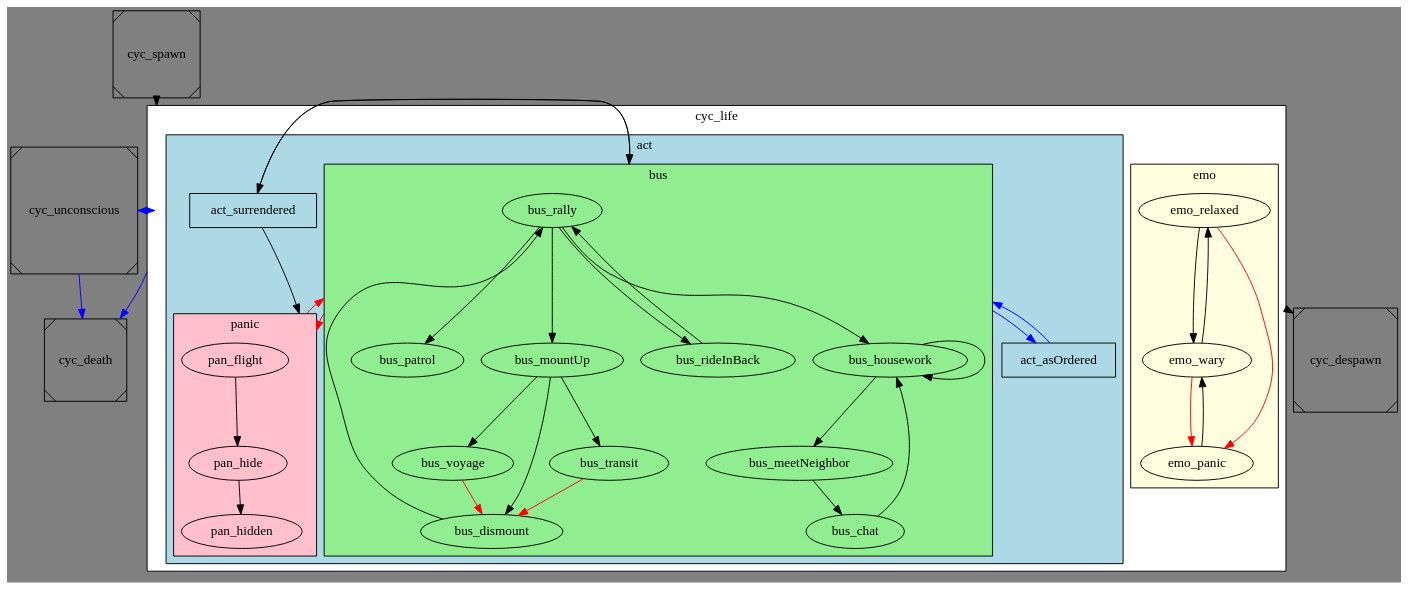
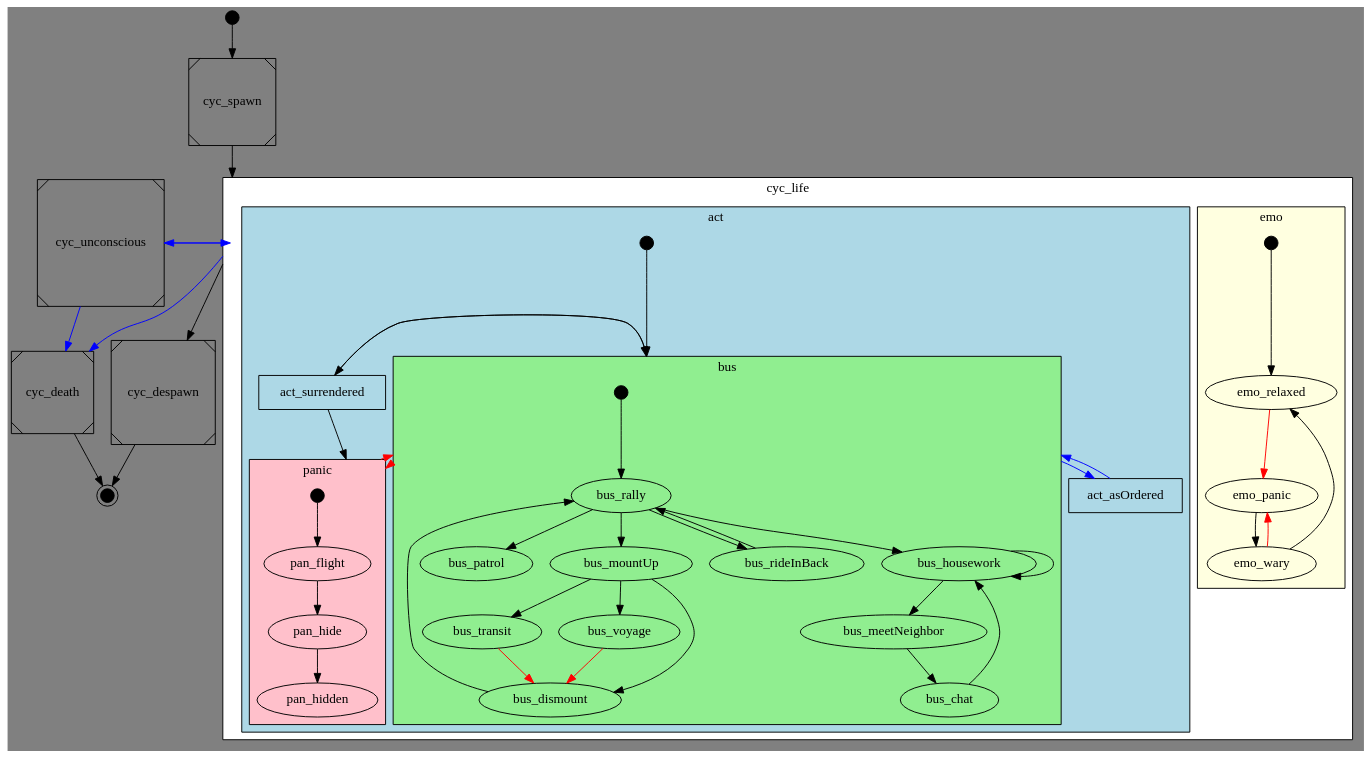
The diagram in docs/states.gv (gruppe-adler/grad_civs), drawn with Graphviz before and after one commit. The commit also changed 17 other files, not shown here.

```diff
--- a/docs/states.gv
+++ b/docs/states.gv
@@ -1,78 +1,84 @@
 digraph lifecycle {
     bgcolor="gray";
     compound=true;
 
     subgraph cluster_life {
         bgcolor="white";
         shape="Msquare";
         label="cyc_life";
         cluster_life_node [shape=point style=invis];
 
         subgraph cluster_emotions {
             bgcolor="lightyellow";
             label="emo";
-            emo_relaxed -> emo_wary;
+            emo[shape=point,width=0.2,height=0.2]; emo -> emo_relaxed [len=0.2];
             {emo_wary, emo_relaxed} -> emo_panic [color="red"];
             emo_panic -> emo_wary -> emo_relaxed;
         }
 
         subgraph cluster_activities {
             bgcolor="lightblue";
             label="act";
 
             subgraph cluster_business {
                 bgcolor="lightgreen";
                 label="bus";
                 cluster_business_node [shape=point style=invis];
+                bus [shape=point,width=0.2,height=0.2]; bus -> bus_rally [len=0.2,weight=5];
                 bus_rally -> bus_patrol;
                 bus_rally -> bus_mountUp;
                 bus_rally -> bus_rideInBack;
                 bus_mountUp -> bus_transit;
                 bus_mountUp -> bus_voyage;
                 bus_mountUp -> bus_dismount;
                 bus_transit -> bus_dismount [color=red]; # panic event
                 bus_voyage -> bus_dismount [color=red]; # panic event
                 bus_dismount -> bus_rally;
                 bus_rally -> bus_housework;
                 bus_rideInBack -> bus_rally;
                 bus_housework -> bus_meetNeighbor;
                 bus_meetNeighbor -> bus_chat;
                 bus_chat -> bus_housework;
                 bus_housework -> bus_housework;
             }
 
             subgraph cluster_panic {
                 bgcolor="pink";
                 label="panic";
                 cluster_panic_node [shape=point style=invis];
+                pan [shape=point,width=0.2,height=0.2]; pan -> pan_flight;
                 pan_flight -> pan_hide -> pan_hidden;
             }
+
+            act [shape=point,width=0.2,height=0.2]; act -> cluster_business_node [lhead=cluster_business];
 
             act_asOrdered [shape=rectangle];
             act_surrendered [shape=rectangle];
 
             act_surrendered -> cluster_panic_node [lhead=cluster_panic];
 
             act_surrendered -> cluster_business_node [lhead=cluster_business];
             cluster_business_node -> act_surrendered [ltail=cluster_business];
             act_asOrdered -> cluster_business_node [lhead=cluster_business color=blue];
             cluster_business_node -> act_asOrdered [ltail=cluster_business color=blue];
 
             cluster_panic_node -> cluster_business_node [color=red lhead=cluster_business ltail=cluster_panic]
             cluster_business_node -> cluster_panic_node [ltail=cluster_business lhead=cluster_panic color=red]
 
         }
     }
 
     cyc_spawn [shape=Msquare];
     cyc_despawn [shape=Msquare];
     cyc_death [shape=Msquare];
     cyc_unconscious [shape=Msquare];
 
+    cyc_0 [shape=point,width=0.2,height=0.2]; cyc_0 -> cyc_spawn;
+    cyc_1 [shape=point,width=0.2,height=0.2,peripheries=2]; cyc_death -> cyc_1; cyc_despawn -> cyc_1;
     cyc_spawn -> cluster_life_node [lhead=cluster_life];
     cluster_life_node -> cyc_despawn [ltail=cluster_life];
     cluster_life_node -> cyc_death [ltail=cluster_life color=blue];
     cluster_life_node -> cyc_unconscious [ltail=cluster_life color=blue];
     cyc_unconscious -> cluster_life_node [ltail=cluster_life color=blue];
     cyc_unconscious -> cyc_death [ltail=cluster_life color=blue];
 }
```
